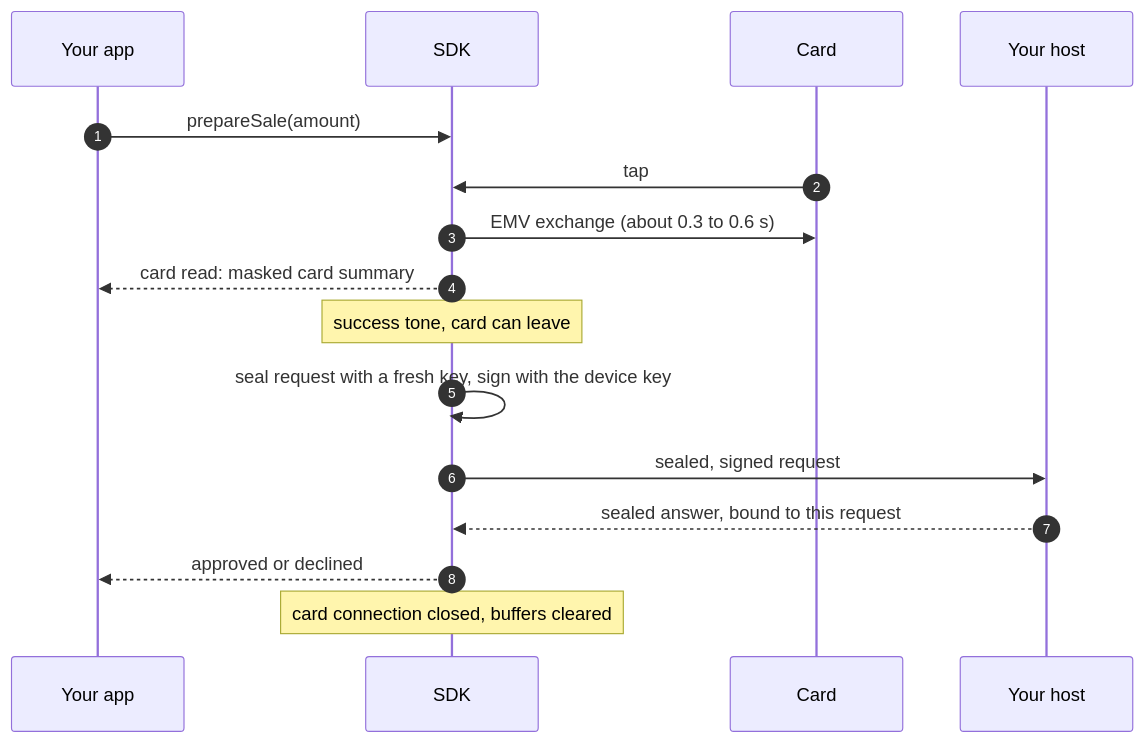
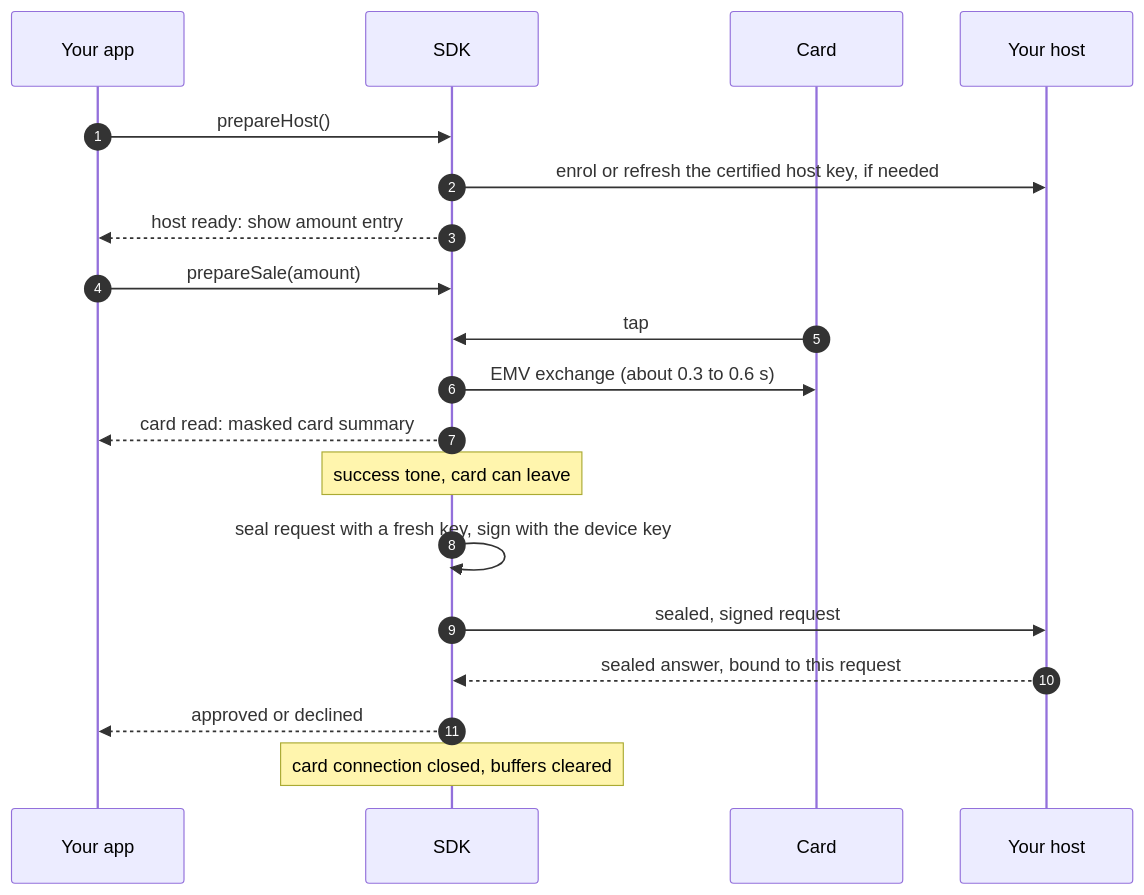
Before and after one commit to bsreeram08/emv-android-sdk: the second of 2 diagrams in docs/architecture.md, drawn with Mermaid. The commit also changed other lines of this file and 3 other files, not shown here.

Commit message:
docs: host readiness in architecture, getting started, overview and errors; command flow stays in the SDK

````diff
--- a/docs/architecture.md
+++ b/docs/architecture.md
@@ -45,18 +45,21 @@
 ```mermaid
 sequenceDiagram
   autonumber
   participant App as Your app
   participant SDK as SDK
   participant Card as Card
   participant Host as Your host
+  App->>SDK: prepareHost()
+  SDK->>Host: enrol or refresh the certified host key, if needed
+  SDK-->>App: host ready: show amount entry
   App->>SDK: prepareSale(amount)
   Card->>SDK: tap
   SDK->>Card: EMV exchange (about 0.3 to 0.6 s)
   SDK-->>App: card read: masked card summary
   Note over SDK: success tone, card can leave
   SDK->>SDK: seal request with a fresh key, sign with the device key
   SDK->>Host: sealed, signed request
   Host-->>SDK: sealed answer, bound to this request
   SDK-->>App: approved or declined
   Note over SDK: card connection closed, buffers cleared
 ```
````
